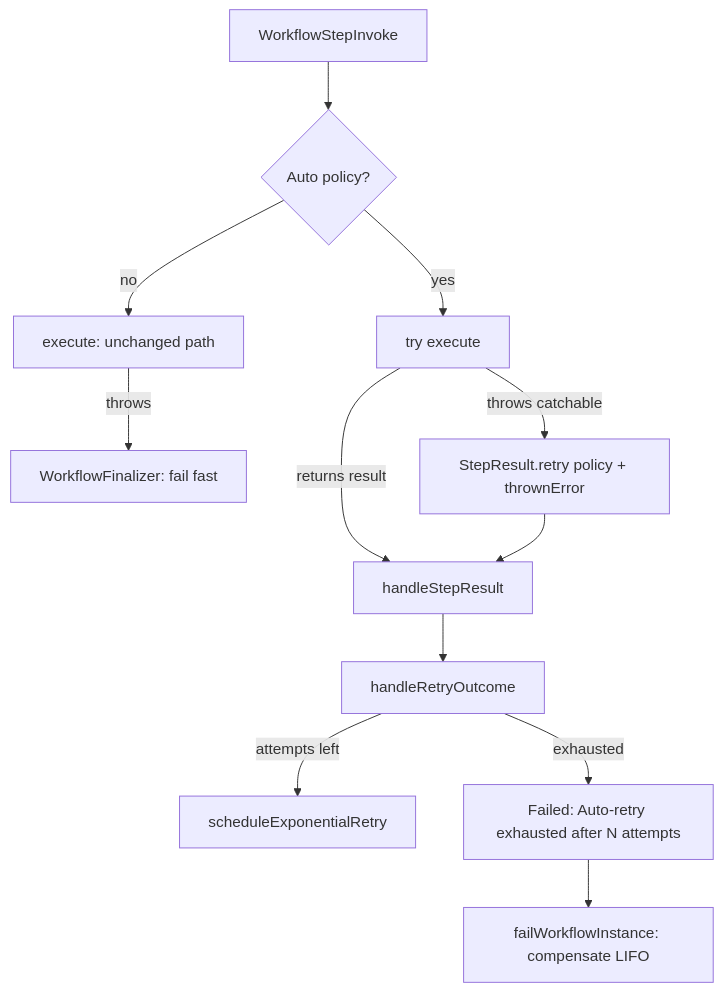
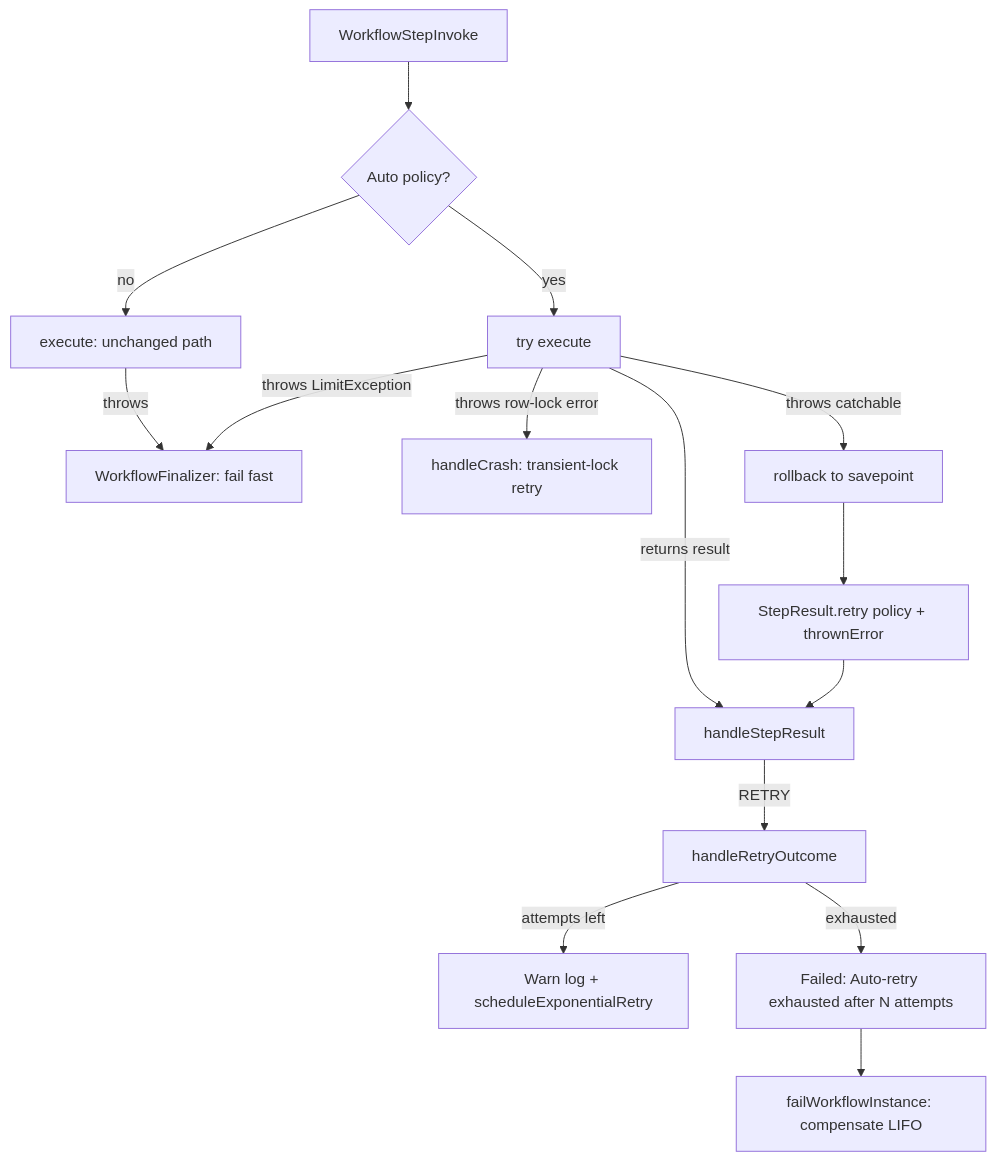
One commit to madmax983/revenant changed the diagram in docs/plans/2026-09-27-auto-retry-thrown-step-errors.md. Above: the diagram before and after it, drawn with Mermaid. The commit also changed other lines of this file and 9 other files, not shown here.

````diff
--- a/docs/plans/2026-09-27-auto-retry-thrown-step-errors.md
+++ b/docs/plans/2026-09-27-auto-retry-thrown-step-errors.md
@@ -61,14 +63,17 @@
 ```mermaid
 flowchart TD
   A[WorkflowStepInvoke] --> B{Auto policy?}
   B -- no --> C[execute: unchanged path]
   C -- throws --> F[WorkflowFinalizer: fail fast]
   B -- yes --> D[try execute]
   D -- returns result --> H[handleStepResult]
-  D -- throws catchable --> E[StepResult.retry policy + thrownError]
+  D -- throws LimitException --> F
+  D -- throws row-lock error --> F2[handleCrash: transient-lock retry]
+  D -- throws catchable --> RB[rollback to savepoint]
+  RB --> E[StepResult.retry policy + thrownError]
   E --> H
-  H --> R[handleRetryOutcome]
-  R -- attempts left --> S[scheduleExponentialRetry]
+  H -- RETRY --> R[handleRetryOutcome]
+  R -- attempts left --> S[Warn log + scheduleExponentialRetry]
   R -- exhausted --> X[Failed: Auto-retry exhausted after N attempts]
   X --> Y[failWorkflowInstance: compensate LIFO]
 ```
````
